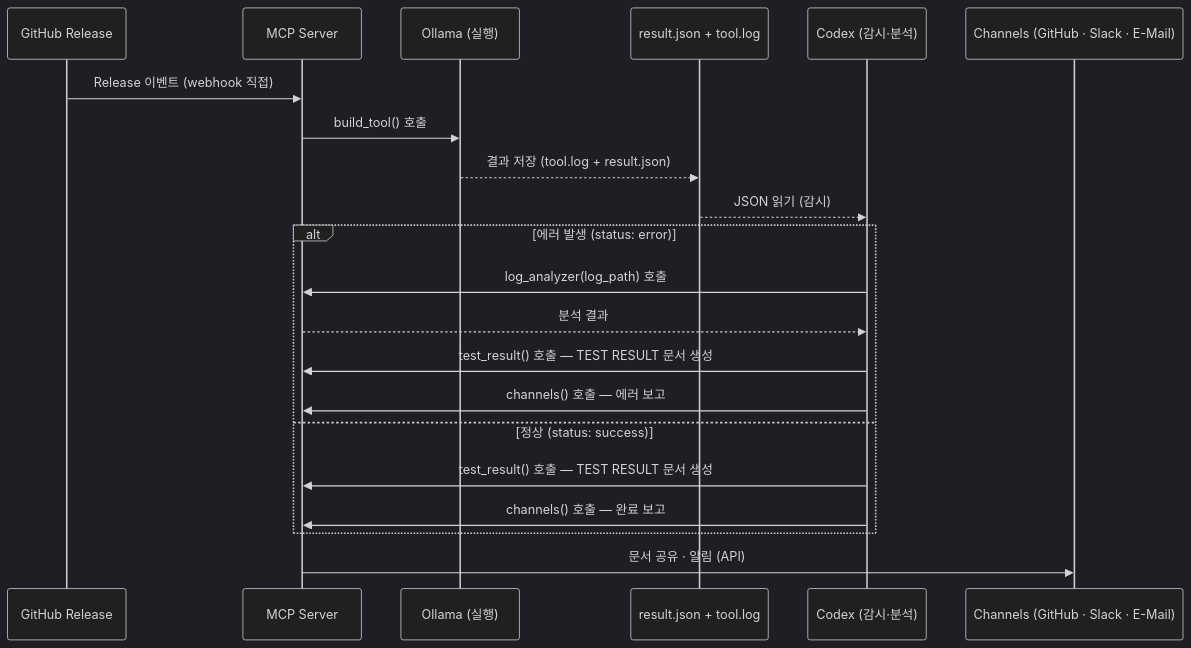
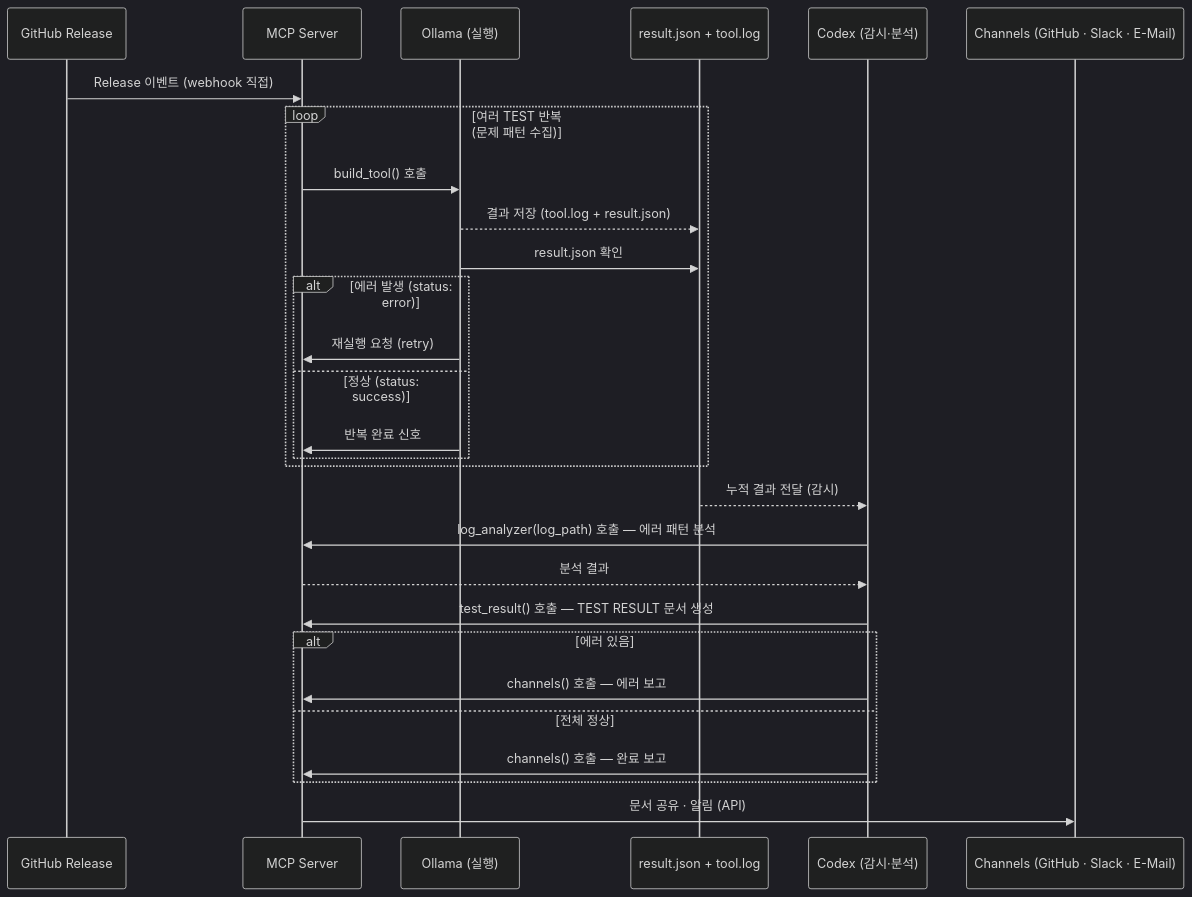
Before and after one commit to JeonghunLee/local-ai-agent-mcp: the second of 2 diagrams in docs/mcp/mcp_server.md, drawn with Mermaid (dark theme). The commit also changed other lines of this file and 2 other files, not shown here.

````diff
--- a/docs/mcp/mcp_server.md
+++ b/docs/mcp/mcp_server.md
@@ -131,24 +152,31 @@
 ```mermaid
 sequenceDiagram
     participant GH as GitHub Release
     participant M as MCP Server
     participant OL as Ollama (실행)
     participant J as result.json + tool.log
     participant CX as Codex (감시·분석)
     participant CH as Channels (GitHub · Slack · E-Mail)
 
     GH->>M: Release 이벤트 (webhook 직접)
-    M->>OL: build_tool() 호출
-    OL-->>J: 결과 저장 (tool.log + result.json)
-    J-->>CX: JSON 읽기 (감시)
-    alt 에러 발생 (status: error)
-        CX->>M: log_analyzer(log_path) 호출
-        M-->>CX: 분석 결과
-        CX->>M: test_result() 호출 — TEST RESULT 문서 생성
+    loop 여러 TEST 반복 (문제 패턴 수집)
+        M->>OL: build_tool() 호출
+        OL-->>J: 결과 저장 (tool.log + result.json)
+        OL->>J: result.json 확인
+        alt 에러 발생 (status: error)
+            OL->>M: 재실행 요청 (retry)
+        else 정상 (status: success)
+            OL->>M: 반복 완료 신호
+        end
+    end
+    J-->>CX: 누적 결과 전달 (감시)
+    CX->>M: log_analyzer(log_path) 호출 — 에러 패턴 분석
+    M-->>CX: 분석 결과
+    CX->>M: test_result() 호출 — TEST RESULT 문서 생성
+    alt 에러 있음
         CX->>M: channels() 호출 — 에러 보고
-    else 정상 (status: success)
-        CX->>M: test_result() 호출 — TEST RESULT 문서 생성
+    else 전체 정상
         CX->>M: channels() 호출 — 완료 보고
     end
     M->>CH: 문서 공유 · 알림 (API)
 ```
````
